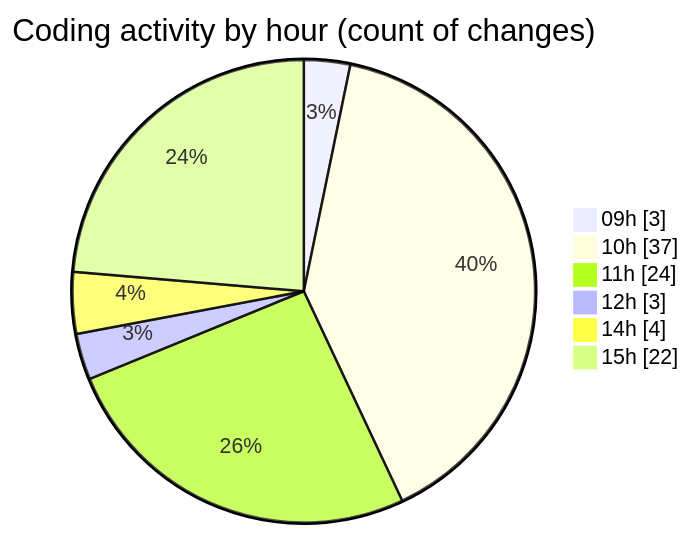
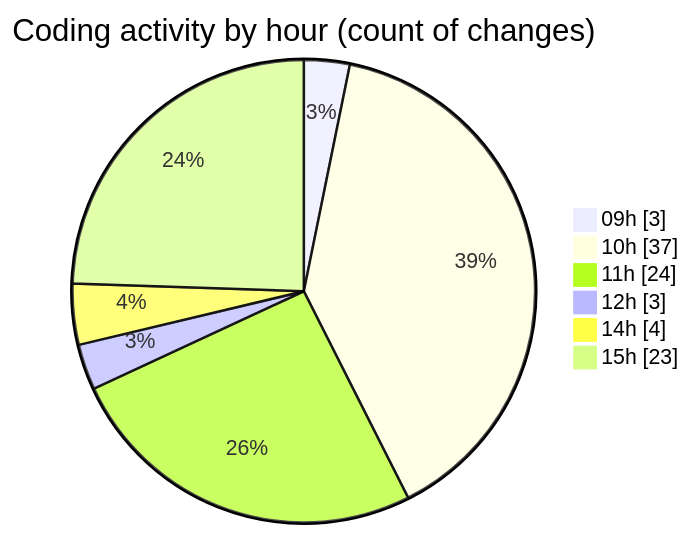
The second of 2 diagrams in 2025-05-02/ecodeli/README.md (CELIANVF/code-tracking), drawn with Mermaid before and after one commit. The commit also changed other lines of this file and 1 other file, not shown here.

````diff
--- a/2025-05-02/ecodeli/README.md
+++ b/2025-05-02/ecodeli/README.md
@@ -72,10 +73,10 @@
 ```mermaid
 pie showData
 title Coding activity by hour (count of changes)
 "09h" : 3
 "10h" : 37
 "11h" : 24
 "12h" : 3
 "14h" : 4
-"15h" : 22
+"15h" : 23
 ```
````
